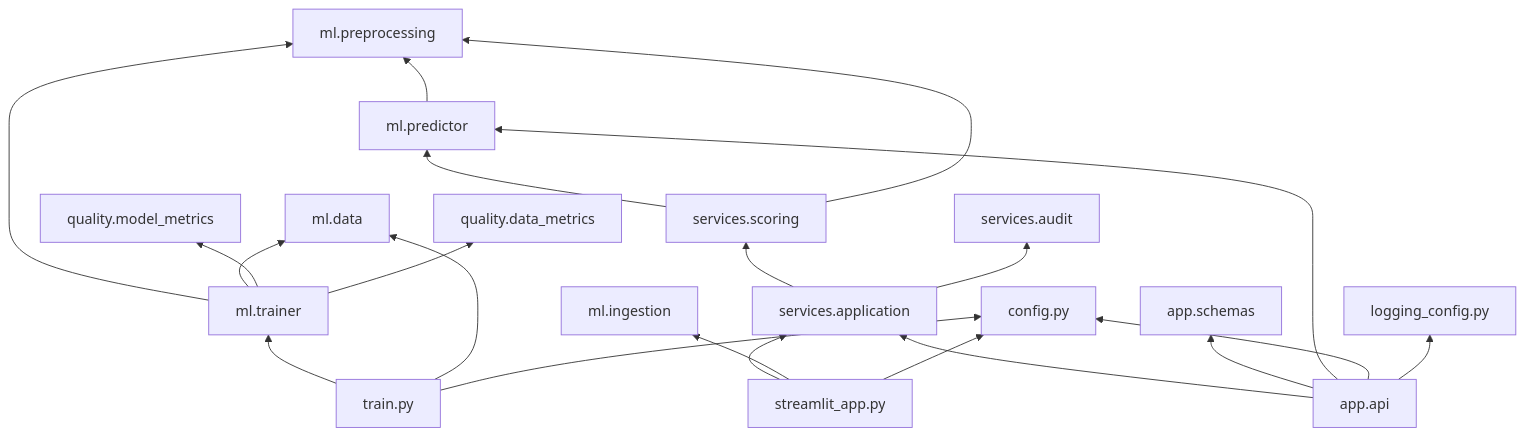
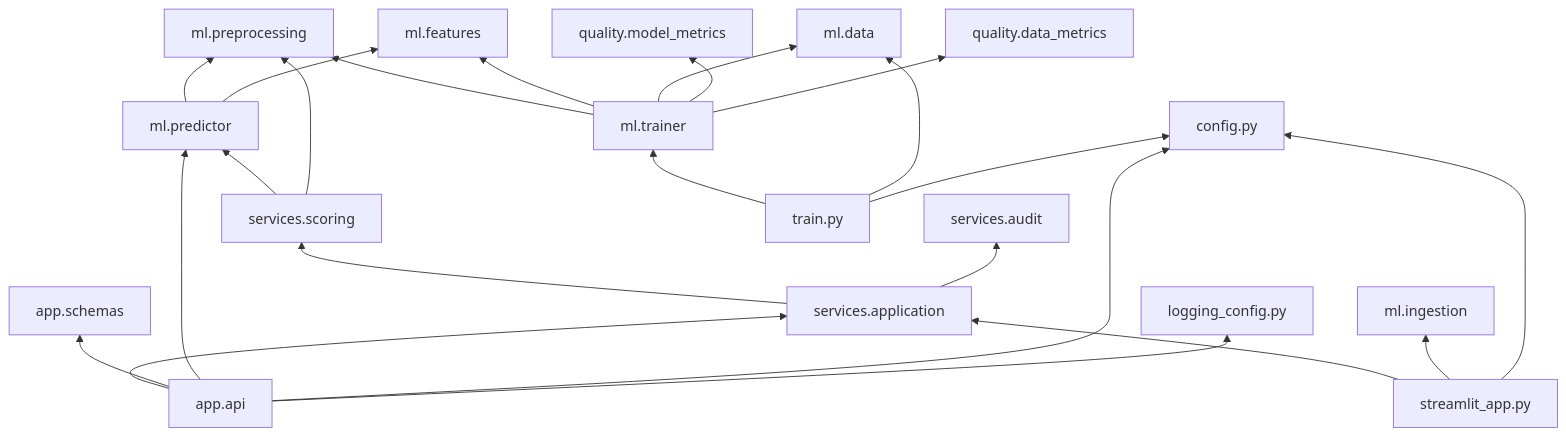
Before and after one commit to pratapwagle/SEML_Assignment2_ResumeGrader: the third of 8 diagrams in architecture.md, drawn with Mermaid. The commit also changed other lines of this file and 35 other files, not shown here.

````diff
--- a/architecture.md
+++ b/architecture.md
@@ -198,44 +203,47 @@
 ```mermaid
 flowchart BT
  config[config.py]
  logcfg[logging_config.py]
 
  preprocessing[ml.preprocessing]
  data[ml.data]
  ingestion[ml.ingestion]
  trainer[ml.trainer]
  predictor[ml.predictor]
+ features[ml.features]
 
  model_metrics[quality.model_metrics]
  data_metrics[quality.data_metrics]
 
  scoring[services.scoring]
  audit[services.audit]
  application[services.application]
 
  schemas[app.schemas]
  api[app.api]
  streamlit[streamlit_app.py]
  train_entry[train.py]
 
  predictor --> preprocessing
+ predictor --> features
  trainer --> preprocessing
+ trainer --> features
  trainer --> data
  trainer --> model_metrics
  trainer --> data_metrics
  scoring --> predictor
  scoring --> preprocessing
  application --> scoring
  application --> audit
  api --> application
  api --> schemas
  api --> predictor
  api --> config
  api --> logcfg
  streamlit --> application
  streamlit --> ingestion
  streamlit --> config
  train_entry --> trainer
  train_entry --> data
  train_entry --> config
 ```
````
